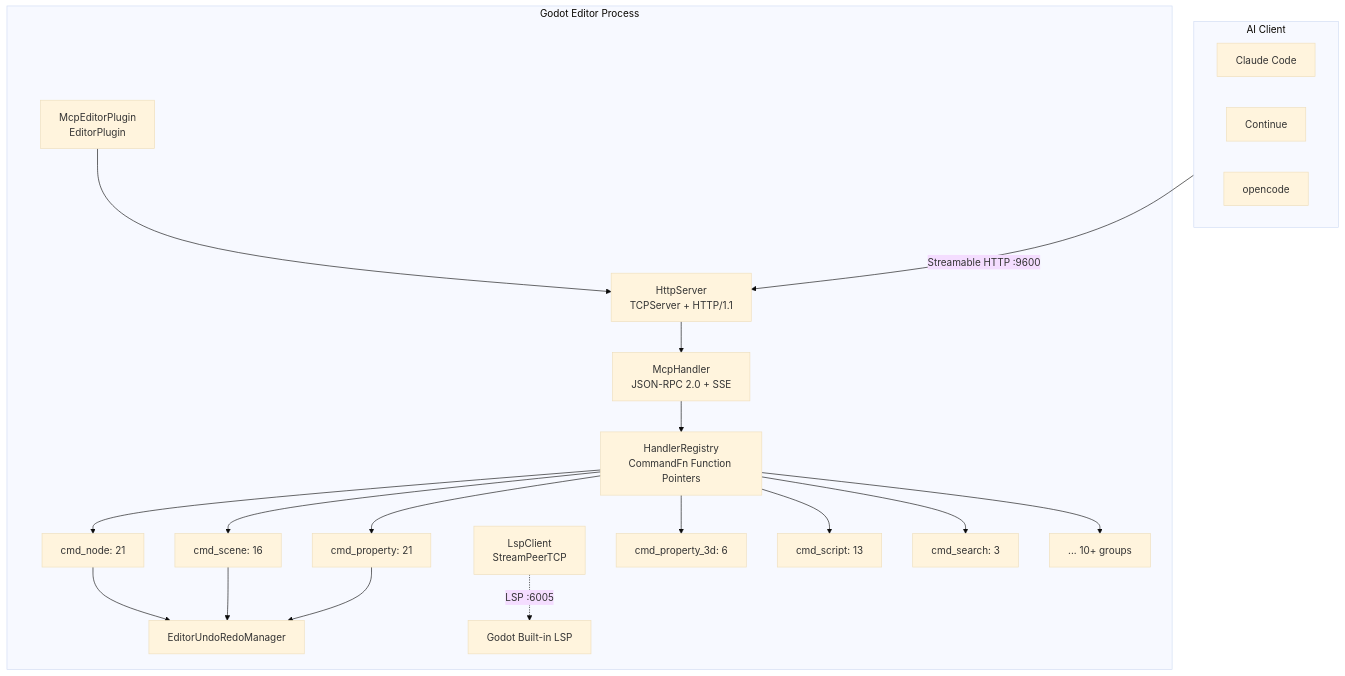
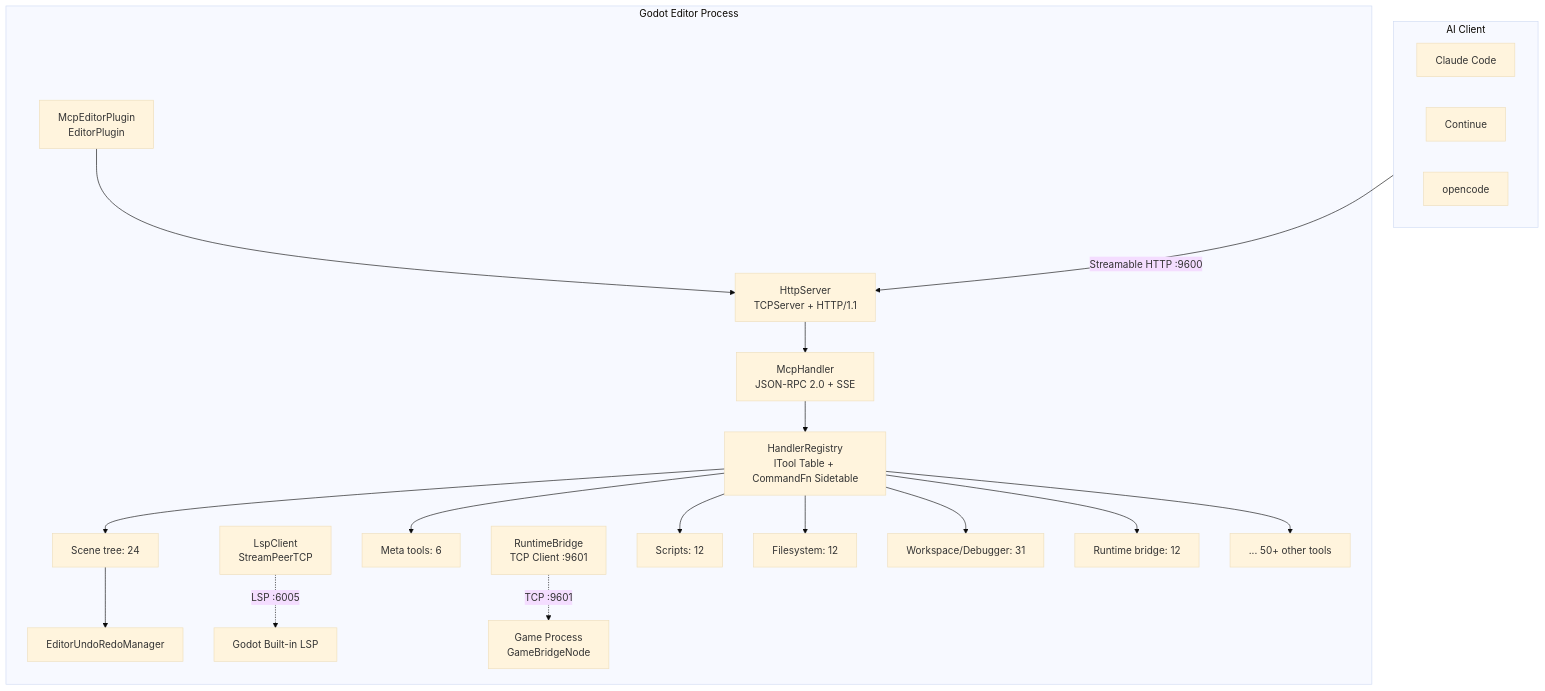
The first of 4 diagrams in docs/en/guide/architecture.md (jesspig/GodotMCP-GDExtension), drawn with Mermaid (base theme) before and after one commit. The commit also changed other lines of this file and 18 other files, not shown here.

````diff
--- a/docs/en/guide/architecture.md
+++ b/docs/en/guide/architecture.md
@@ -5,35 +5,35 @@
 ```mermaid
 graph TB
     subgraph AI_CLIENT["AI Client"]
         CC[Claude Code]
         CO[Continue]
         OC[opencode]
     end
 
     subgraph GODOT["Godot Editor Process"]
         EP[McpEditorPlugin<br/>EditorPlugin]
         HS[HttpServer<br/>TCPServer + HTTP/1.1]
         MH[McpHandler<br/>JSON-RPC 2.0 + SSE]
-        HR[HandlerRegistry<br/>CommandFn Function Pointers]
+        HR[HandlerRegistry<br/>ITool Table + CommandFn Sidetable]
         LC[LspClient<br/>StreamPeerTCP]
         EU[EditorUndoRedoManager]
+        RB[RuntimeBridge<br/>TCP Client :9601]
 
         EP --> HS
         HS --> MH
         MH --> HR
         LC -.->|LSP :6005| GodotLSP[Godot Built-in LSP]
+        RB -.->|TCP :9601| GameProcess[Game Process<br/>GameBridgeNode]
 
-        HR --> cmd_node[cmd_node: 21]
-        HR --> cmd_scene[cmd_scene: 16]
-        HR --> cmd_prop[cmd_property: 21]
-        HR --> cmd_prop3d[cmd_property_3d: 6]
-        HR --> cmd_script[cmd_script: 13]
-        HR --> cmd_search[cmd_search: 3]
-        HR --> cmd_other[... 10+ groups]
+        HR --> tools_meta[Meta tools: 6]
+        HR --> tools_scene[Scene tree: 24]
+        HR --> tools_script[Scripts: 12]
+        HR --> tools_fs[Filesystem: 12]
+        HR --> tools_workspace[Workspace/Debugger: 31]
+        HR --> tools_runtime[Runtime bridge: 12]
+        HR --> tools_other[... 50+ other tools]
     end
 
     AI_CLIENT -- "Streamable HTTP :9600" --> HS
-    cmd_node --> EU
-    cmd_scene --> EU
-    cmd_prop --> EU
+    tools_scene --> EU
 ```
````
